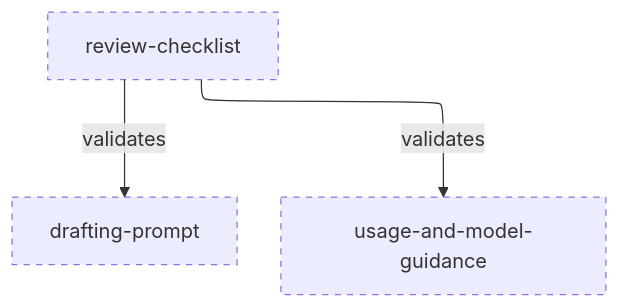
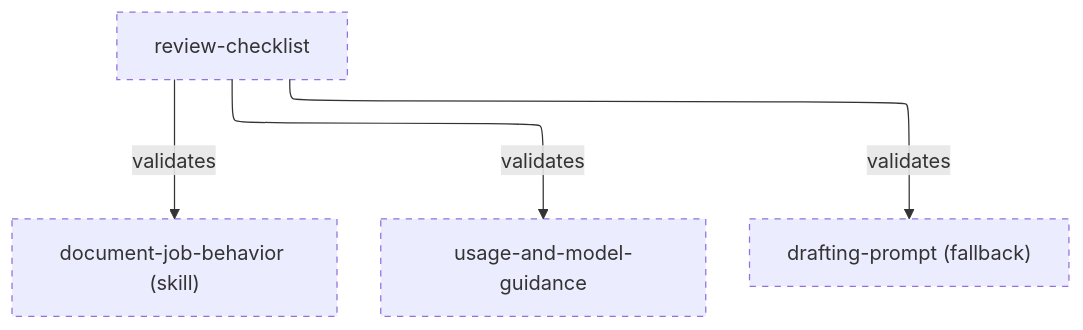
Before and after one commit to vrparthasarathy/migration-job-discovery: the diagram in copilot-drafting-guide/README.md, drawn with Mermaid. The commit also changed other lines of this file and 20 other files, not shown here.

Commit message:
Replan Job Behavior Specifications.

````diff
--- a/copilot-drafting-guide/README.md
+++ b/copilot-drafting-guide/README.md
@@ -59,13 +59,15 @@
 ```mermaid
 ---
 config:
   layout: elk
 ---
 %%{init: {"securityLevel": "loose"}}%%
 flowchart TB
-  prompt["drafting-prompt"]:::planned
+  skill["document-job-behavior (skill)"]:::planned
   guidance["usage-and-model-guidance"]:::planned
-  chk["review-checklist"]:::planned -->|validates| prompt
+  prompt["drafting-prompt (fallback)"]:::planned
+  chk["review-checklist"]:::planned -->|validates| skill
   chk -->|validates| guidance
+  chk -->|validates| prompt
   classDef planned stroke-dasharray: 5 5
 ```
````
